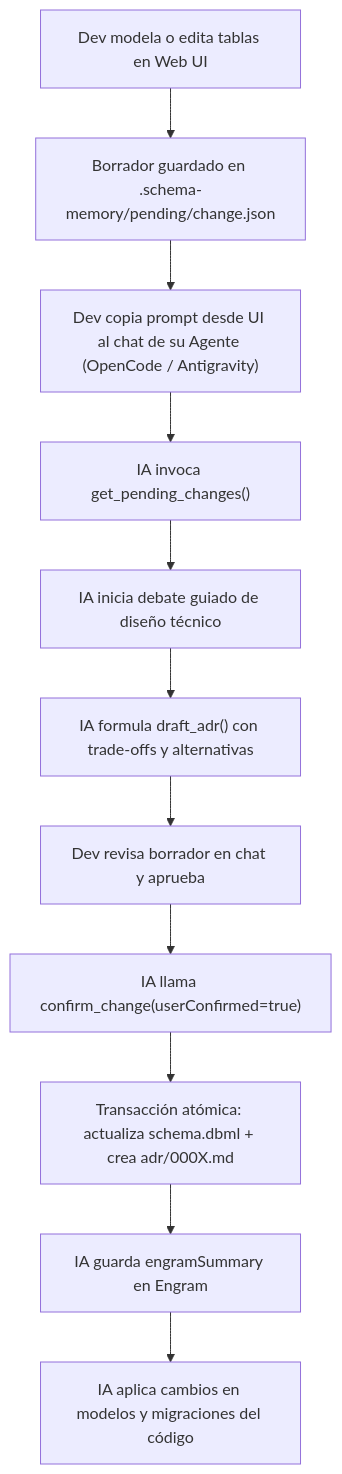
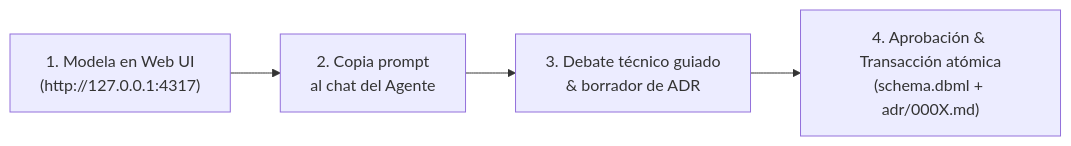
Before and after one commit to RaixsG/schema-memory: the diagram in README.md, drawn with Mermaid. The commit also changed other lines of this file and 4 other files, not shown here.

First line of the commit message:
Add architecture, MCP protocol, and client repository specification documentation

````diff
--- a/README.md
+++ b/README.md
@@ -272,13 +69,6 @@
 ```mermaid
-flowchart TD
-    A["Dev modela o edita tablas en Web UI"] --> B["Borrador guardado en .schema-memory/pending/change.json"]
-    B --> C["Dev copia prompt desde UI al chat de su Agente (OpenCode / Antigravity)"]
-    C --> D["IA invoca get_pending_changes()"]
-    D --> E["IA inicia debate guiado de diseño técnico"]
-    E --> F["IA formula draft_adr() con trade-offs y alternativas"]
-    F --> G["Dev revisa borrador en chat y aprueba"]
-    G --> H["IA llama confirm_change(userConfirmed=true)"]
-    H --> I["Transacción atómica: actualiza schema.dbml + crea adr/000X.md"]
-    I --> J["IA guarda engramSummary en Engram"]
-    J --> K["IA aplica cambios en modelos y migraciones del código"]
+flowchart LR
+    A["1. Modela en Web UI<br/>(http://127.0.0.1:4317)"] --> B["2. Copia prompt<br/>al chat del Agente"]
+    B --> C["3. Debate técnico guiado<br/>& borrador de ADR"]
+    C --> D["4. Aprobación & Transacción atómica<br/>(schema.dbml + adr/000X.md)"]
 ```
````
